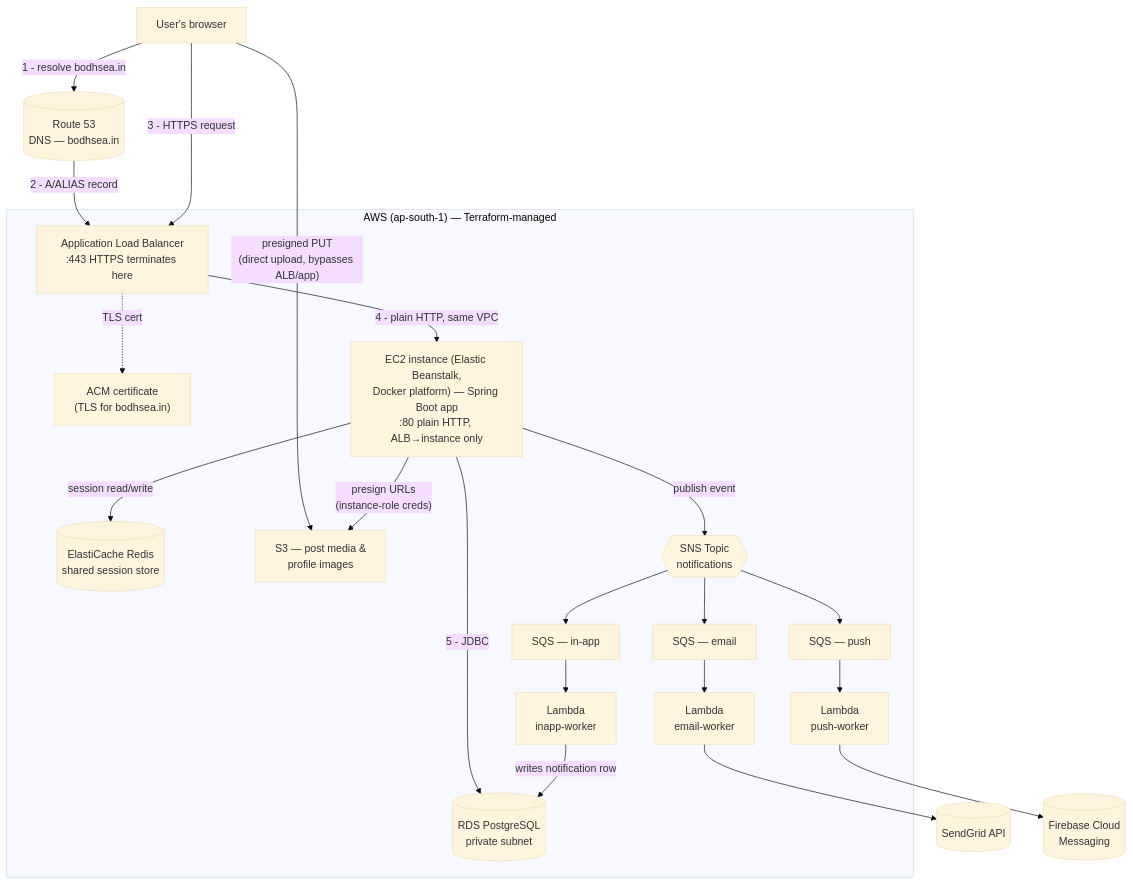
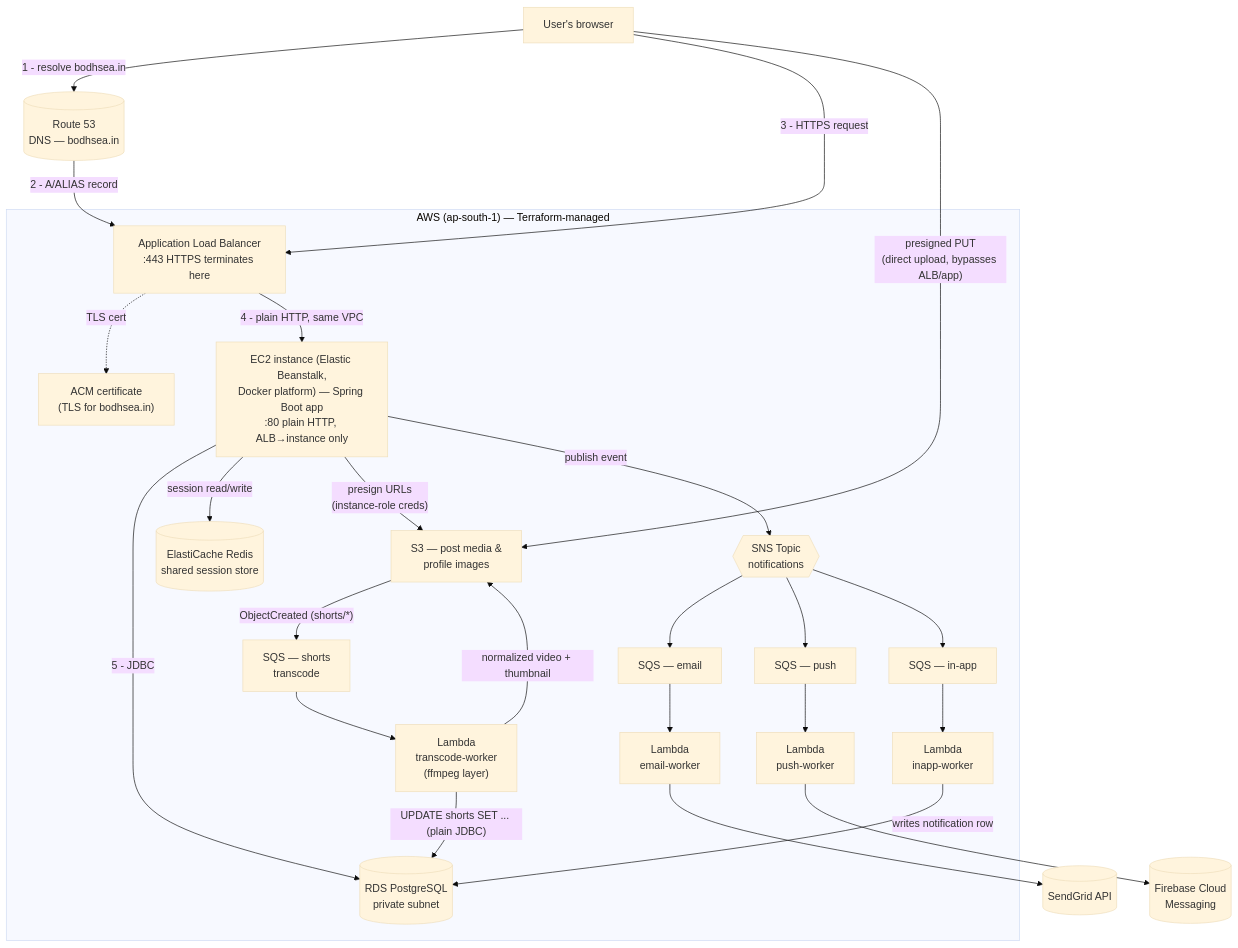
The diagram in README.md (gauravmishra-1404/BlogApplication), drawn with Mermaid (base theme) before and after one commit. The commit also changed other lines of this file and 3 other files, not shown here.

First line of the commit message:
Update docs for Shorts, the transcode pipeline, and dev conventions

````diff
--- a/README.md
+++ b/README.md
@@ -32,39 +37,44 @@
 ```mermaid
 flowchart TB
     User["User's browser"]
     DNS[("Route 53<br/>DNS — bodhsea.in")]
 
     subgraph AWS["AWS (ap-south-1) — Terraform-managed"]
         ACM["ACM certificate<br/>(TLS for bodhsea.in)"]
         ALB["Application Load Balancer<br/>:443 HTTPS terminates here"]
         EB["EC2 instance (Elastic Beanstalk,<br/>Docker platform) — Spring Boot app<br/>:80 plain HTTP, ALB→instance only"]
         RDS[("RDS PostgreSQL<br/>private subnet")]
         Redis[("ElastiCache Redis<br/>shared session store")]
         S3B["S3 — post media &<br/>profile images"]
         SNS{{"SNS Topic<br/>notifications"}}
         SQSe["SQS — email"]
         SQSp["SQS — push"]
         SQSi["SQS — in-app"]
         LmE["Lambda<br/>email-worker"]
         LmP["Lambda<br/>push-worker"]
         LmI["Lambda<br/>inapp-worker"]
+        SQSt["SQS — shorts<br/>transcode"]
+        LmT["Lambda<br/>transcode-worker<br/>(ffmpeg layer)"]
     end
 
     SendGrid[("SendGrid API")]
     FCM[("Firebase Cloud<br/>Messaging")]
 
     User -- "1 - resolve bodhsea.in" --> DNS
     DNS -- "2 - A/ALIAS record" --> ALB
     User -- "3 - HTTPS request" --> ALB
     ALB -. "TLS cert" .-> ACM
     ALB -- "4 - plain HTTP, same VPC" --> EB
     EB -- "5 - JDBC" --> RDS
     EB -- "session read/write" --> Redis
     User -- "presigned PUT<br/>(direct upload, bypasses ALB/app)" --> S3B
     EB -- "presign URLs<br/>(instance-role creds)" --> S3B
     EB -- "publish event" --> SNS
     SNS --> SQSe --> LmE --> SendGrid
     SNS --> SQSp --> LmP --> FCM
     SNS --> SQSi --> LmI
     LmI -- "writes notification row" --> RDS
+    S3B -- "ObjectCreated (shorts/*)" --> SQSt --> LmT
+    LmT -- "normalized video + thumbnail" --> S3B
+    LmT -- "UPDATE shorts SET ... (plain JDBC)" --> RDS
 ```
````
